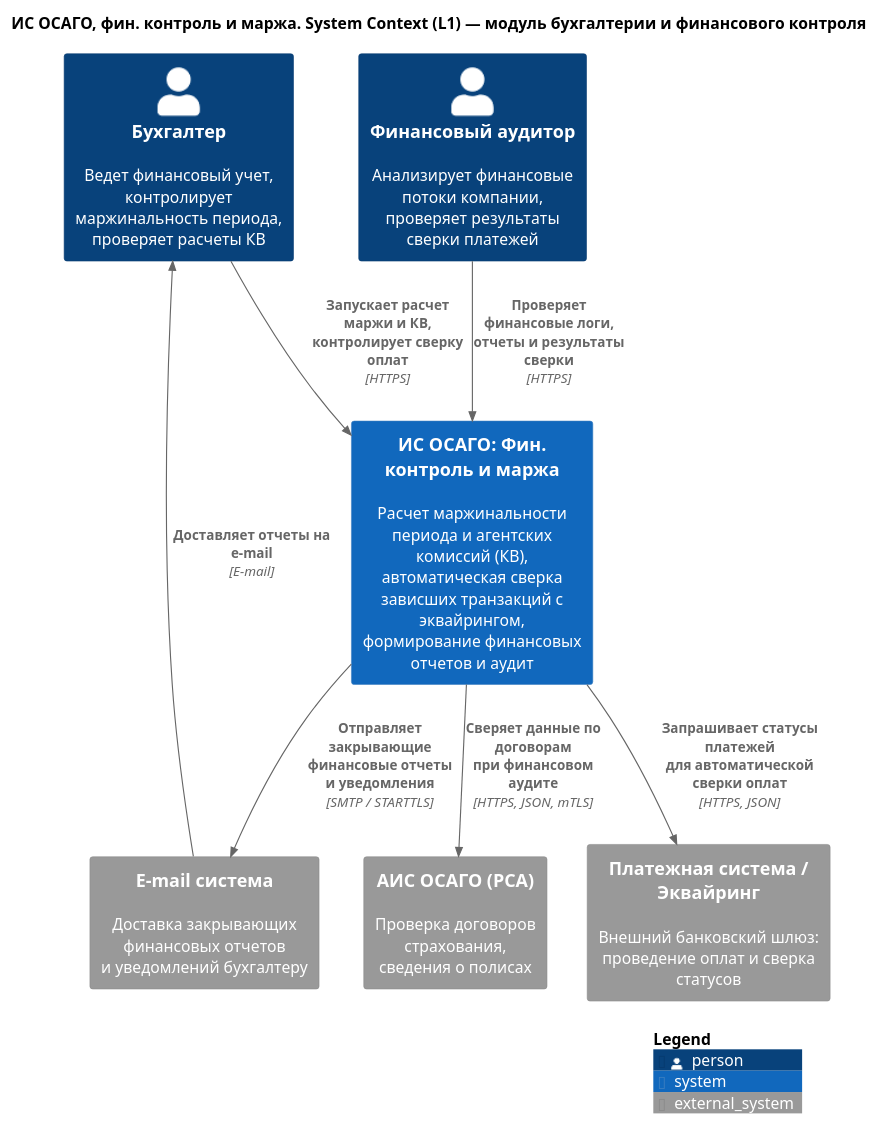
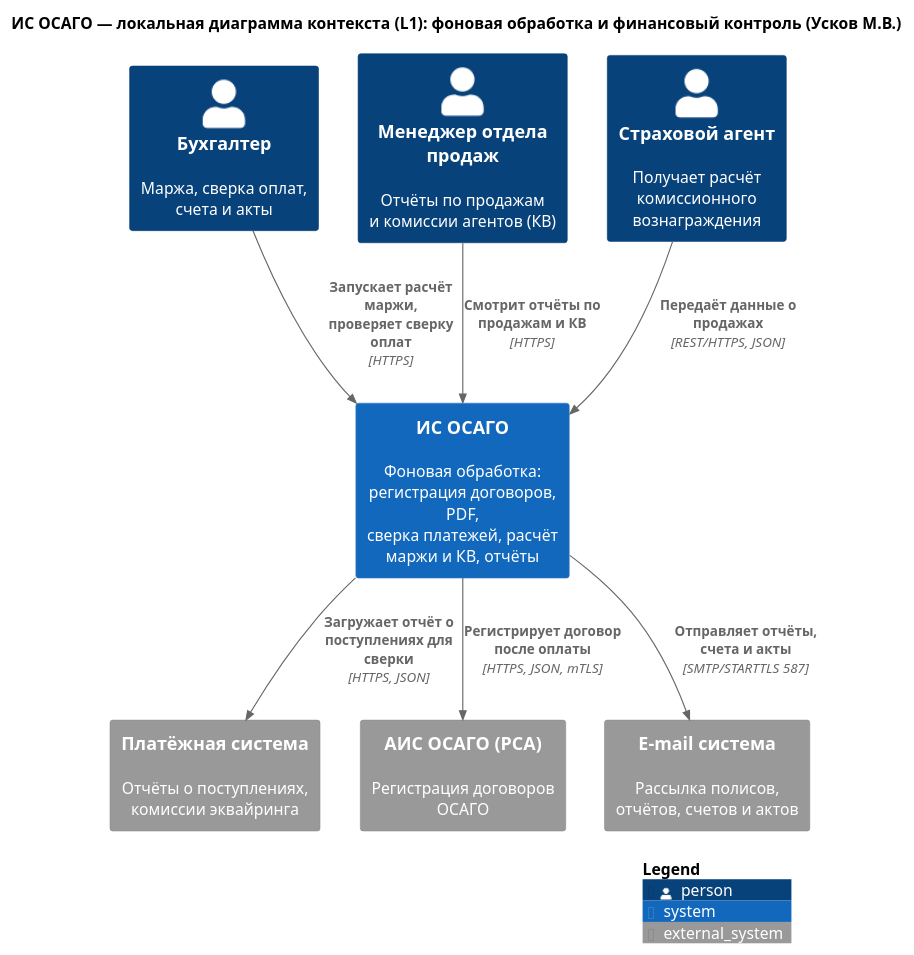
The diagram in architecture/src/uscov_worker/L1_context.puml (ElectricLight-ELO/Insurance-system), drawn with PlantUML before and after one commit. The commit also changed 1 other file, not shown here.

```diff
--- a/architecture/src/uscov_worker/L1_context.puml
+++ b/architecture/src/uscov_worker/L1_context.puml
@@ -1,24 +1,25 @@
 @startuml
 !include ../core/C4_Context.puml
 
-title ИС ОСАГО, фин. контроль и маржа. System Context (L1) — модуль бухгалтерии и финансового контроля
+title ИС ОСАГО — локальная диаграмма контекста (L1): фоновая обработка и финансовый контроль (Усков М.В.)
 
-Person(accountant, "Бухгалтер", "Ведет финансовый учет,\nконтролирует маржинальность периода,\nпроверяет расчеты КВ", $tags="staff")
-Person(auditor, "Финансовый аудитор", "Анализирует финансовые потоки компании,\nпроверяет результаты сверки платежей", $tags="staff")
+Person(accountant, "Бухгалтер", "Маржа, сверка оплат,\nсчета и акты", $tags="staff")
+Person(sales_manager, "Менеджер отдела продаж", "Отчёты по продажам\nи комиссии агентов (КВ)", $tags="staff")
+Person(agent, "Страховой агент", "Получает расчёт\nкомиссионного вознаграждения", $tags="staff")
 
-System(mod_finance, "ИС ОСАГО: Фин. контроль и маржа", "Расчет маржинальности периода и агентских комиссий (КВ),\nавтоматическая сверка зависших транзакций с эквайрингом,\nформирование финансовых отчетов и аудит", $tags="target")
+System(mod_finance, "ИС ОСАГО", "Фоновая обработка: регистрация договоров, PDF,\nсверка платежей, расчёт маржи и КВ, отчёты", $tags="target")
 
-System_Ext(ais_osago, "АИС ОСАГО (РСА)", "Проверка договоров страхования,\nсведения о полисах", $tags="ext")
-System_Ext(payment_sys, "Платежная система / Эквайринг", "Внешний банковский шлюз:\nпроведение оплат и сверка статусов", $tags="ext")
-System_Ext(email_sys, "E-mail система", "Доставка закрывающих финансовых отчетов\nи уведомлений бухгалтеру", $tags="ext")
+System_Ext(payment_sys, "Платёжная система", "Отчёты о поступлениях,\nкомиссии эквайринга", $tags="ext")
+System_Ext(ais_osago, "АИС ОСАГО (РСА)", "Регистрация договоров ОСАГО", $tags="ext")
+System_Ext(email_sys, "E-mail система", "Рассылка полисов,\nотчётов, счетов и актов", $tags="ext")
 
-Rel(accountant, mod_finance, "Запускает расчет маржи и КВ,\nконтролирует сверку оплат", "HTTPS")
-Rel(auditor, mod_finance, "Проверяет финансовые логи,\nотчеты и результаты сверки", "HTTPS")
+Rel(accountant, mod_finance, "Запускает расчёт маржи,\nпроверяет сверку оплат", "HTTPS")
+Rel(sales_manager, mod_finance, "Смотрит отчёты по продажам и КВ", "HTTPS")
+Rel(agent, mod_finance, "Передаёт данные о продажах", "REST/HTTPS, JSON")
 
-Rel(mod_finance, ais_osago, "Сверяет данные по договорам\nпри финансовом аудите", "HTTPS, JSON, mTLS")
-Rel(mod_finance, payment_sys, "Запрашивает статусы платежей\nдля автоматической сверки оплат", "HTTPS, JSON")
-Rel(mod_finance, email_sys, "Отправляет закрывающие финансовые отчеты\nи уведомления", "SMTP / STARTTLS", $tags="async")
-Rel(email_sys, accountant, "Доставляет отчеты на e-mail", "E-mail", $tags="async")
+Rel(mod_finance, payment_sys, "Загружает отчёт о поступлениях для сверки", "HTTPS, JSON", $tags="async")
+Rel(mod_finance, ais_osago, "Регистрирует договор после оплаты", "HTTPS, JSON, mTLS", $tags="async")
+Rel(mod_finance, email_sys, "Отправляет отчёты, счета и акты", "SMTP/STARTTLS 587", $tags="async")
 
 SHOW_LEGEND()
 @enduml
```
